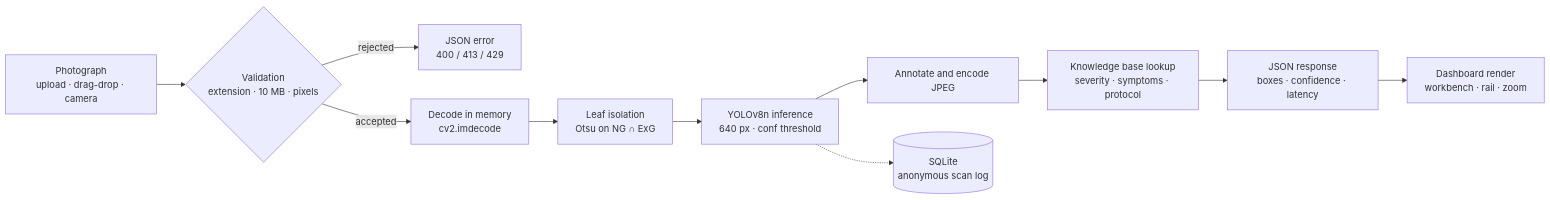
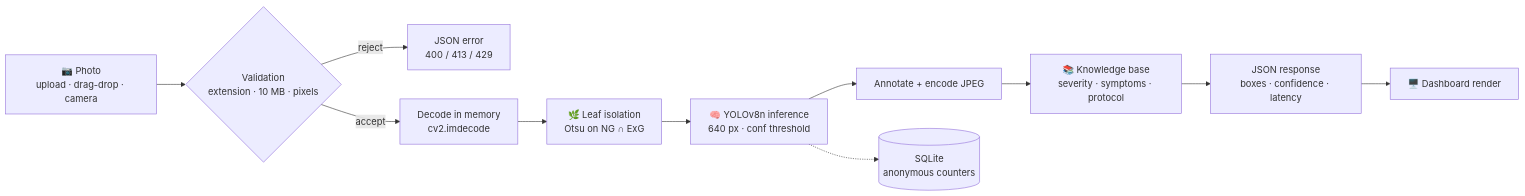
The first of 2 diagrams in README.md (glen1599/coffee-leaf-disease-yolov8), drawn with Mermaid before and after one commit. The commit also changed other lines of this file, not shown here.

````diff
--- a/README.md
+++ b/README.md
@@ -94,13 +71,13 @@
 ```mermaid
 flowchart LR
-    A["Photograph<br/>upload · drag-drop · camera"] --> B{"Validation<br/>extension · 10 MB · pixels"}
-    B -->|rejected| E["JSON error<br/>400 / 413 / 429"]
-    B -->|accepted| C["Decode in memory<br/>cv2.imdecode"]
-    C --> D["Leaf isolation<br/>Otsu on NG ∩ ExG"]
-    D --> F["YOLOv8n inference<br/>640 px · conf threshold"]
-    F --> G["Annotate and encode JPEG"]
-    G --> H["Knowledge base lookup<br/>severity · symptoms · protocol"]
+    A["📷 Photo<br/>upload · drag-drop · camera"] --> B{"Validation<br/>extension · 10 MB · pixels"}
+    B -->|reject| E["JSON error<br/>400 / 413 / 429"]
+    B -->|accept| C["Decode in memory<br/>cv2.imdecode"]
+    C --> D["🌿 Leaf isolation<br/>Otsu on NG ∩ ExG"]
+    D --> F["🧠 YOLOv8n inference<br/>640 px · conf threshold"]
+    F --> G["Annotate + encode JPEG"]
+    G --> H["📚 Knowledge base<br/>severity · symptoms · protocol"]
     H --> I["JSON response<br/>boxes · confidence · latency"]
-    I --> J["Dashboard render<br/>workbench · rail · zoom"]
-    F -.-> K[("SQLite<br/>anonymous scan log")]
+    I --> J["🖥️ Dashboard render"]
+    F -.-> K[("SQLite<br/>anonymous counters")]
 ```
````
